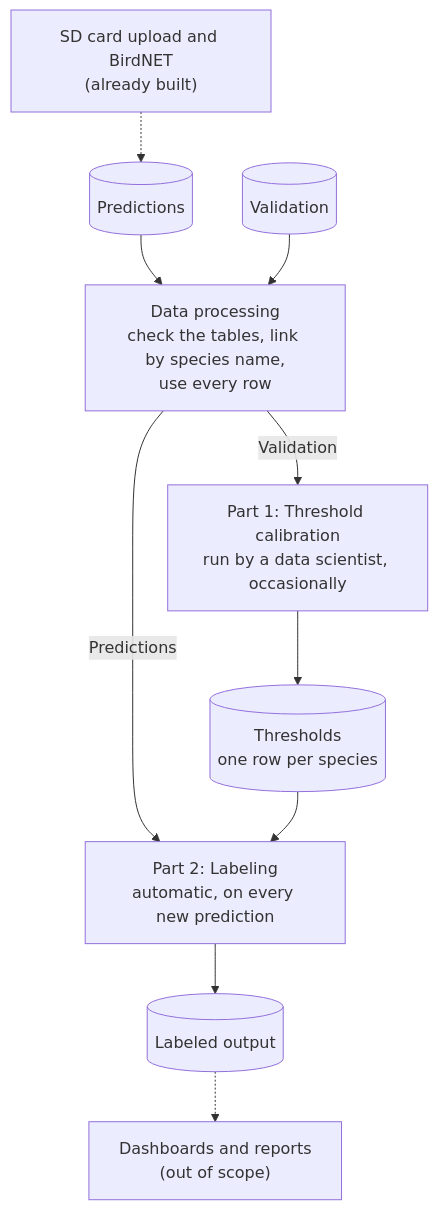
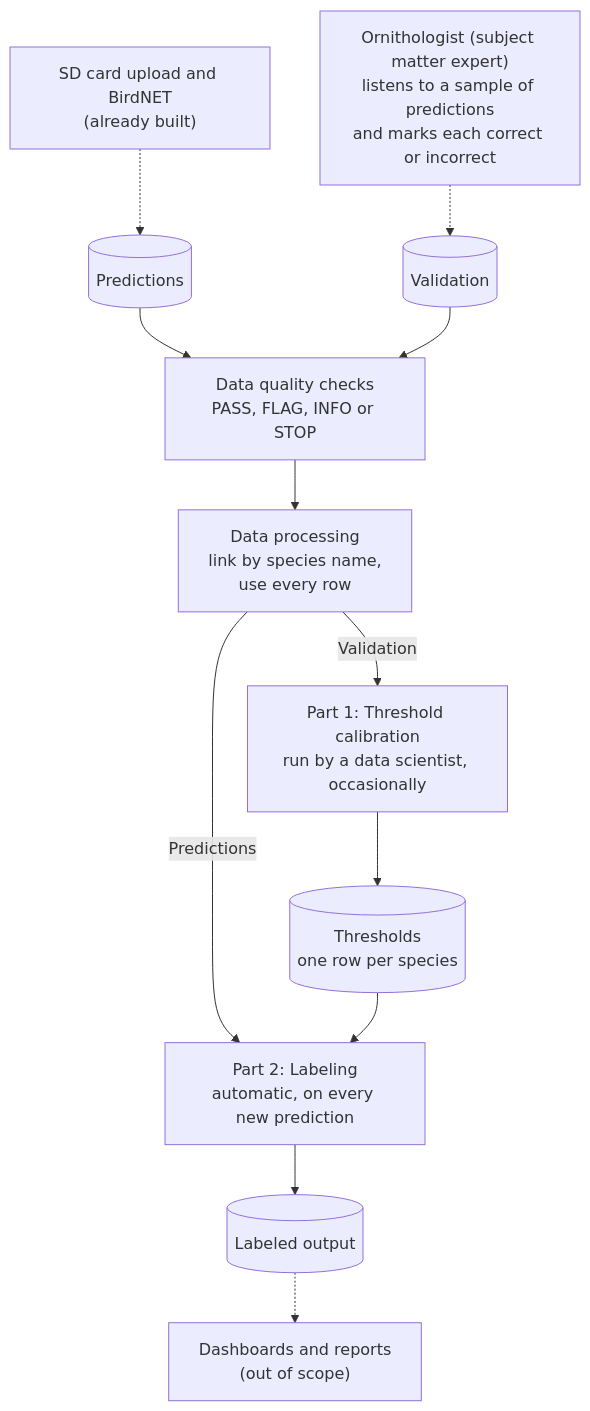
Before and after one commit to srcohen/NS_SDS_TakeHomeProject_SCohen: the first of 2 diagrams in Data_Birds/Tech_Requirements.md, drawn with Mermaid. The commit also changed other lines of this file and 2 other files, not shown here.

````diff
--- a/Data_Birds/Tech_Requirements.md
+++ b/Data_Birds/Tech_Requirements.md
@@ -51,22 +53,26 @@
 ```mermaid
 flowchart TD
+    SME["Ornithologist (subject matter expert)<br/>listens to a sample of predictions<br/>and marks each correct or incorrect"]
     U["SD card upload and BirdNET<br/>(already built)"]
     P[("Predictions")]
     V[("Validation")]
-    DP["Data processing<br/>check the tables, link by species name,<br/>use every row"]
+    QC["Data quality checks<br/>PASS, FLAG, INFO or STOP"]
+    DP["Data processing<br/>link by species name,<br/>use every row"]
     P1["Part 1: Threshold calibration<br/>run by a data scientist, occasionally"]
     T[("Thresholds<br/>one row per species")]
     P2["Part 2: Labeling<br/>automatic, on every new prediction"]
     L[("Labeled output")]
     D["Dashboards and reports<br/>(out of scope)"]
 
+    SME -.-> V
     U -.-> P
-    P --> DP
-    V --> DP
+    P --> QC
+    V --> QC
+    QC --> DP
     DP -->|Validation| P1
     DP -->|Predictions| P2
     P1 --> T
     T --> P2
     P2 --> L
     L -.-> D
 ```
````
